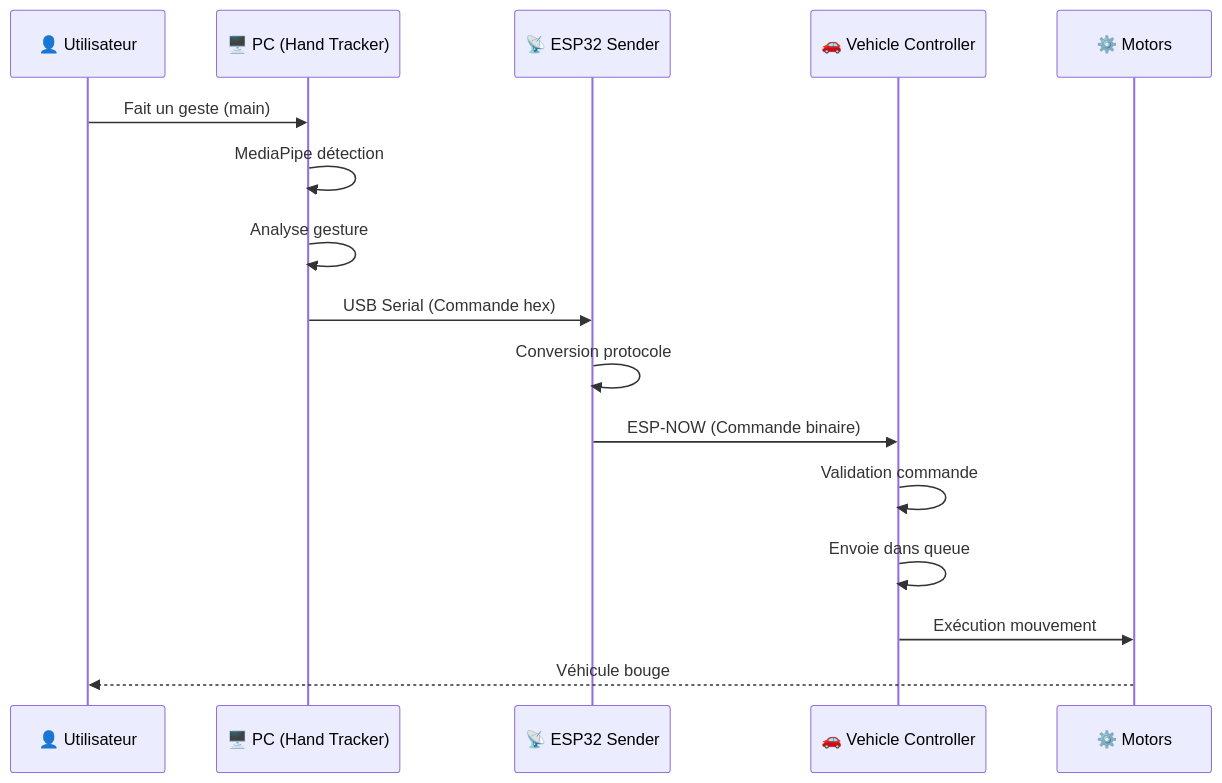
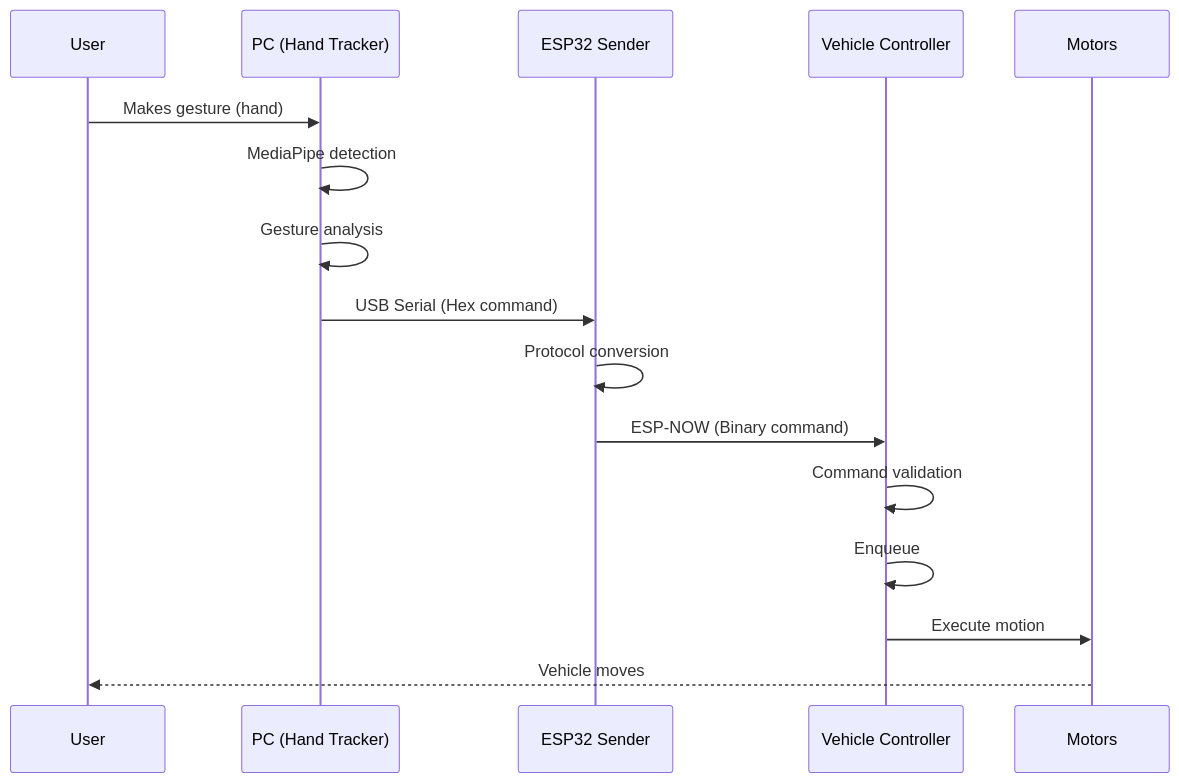
Before and after one commit to Yaniv23/final-project-gesture-car: diagram 11 of 17 in docs/architecture.md, drawn with Mermaid. The commit also changed other lines of this file and 16 other files, not shown here.

````diff
--- a/docs/architecture.md
+++ b/docs/architecture.md
@@ -549,19 +531,19 @@
 ```mermaid
 sequenceDiagram
-    participant User as 👤 Utilisateur
-    participant PC as 🖥️ PC (Hand Tracker)
-    participant Sender as 📡 ESP32 Sender
-    participant Vehicle as 🚗 Vehicle Controller
-    participant Motors as ⚙️ Motors
+    participant User as User
+    participant PC as PC (Hand Tracker)
+    participant Sender as ESP32 Sender
+    participant Vehicle as Vehicle Controller
+    participant Motors as Motors
     
-    User->>PC: Fait un geste (main)
-    PC->>PC: MediaPipe détection
-    PC->>PC: Analyse gesture
-    PC->>Sender: USB Serial (Commande hex)
-    Sender->>Sender: Conversion protocole
-    Sender->>Vehicle: ESP-NOW (Commande binaire)
-    Vehicle->>Vehicle: Validation commande
-    Vehicle->>Vehicle: Envoie dans queue
-    Vehicle->>Motors: Exécution mouvement
-    Motors-->>User: Véhicule bouge
+    User->>PC: Makes gesture (hand)
+    PC->>PC: MediaPipe detection
+    PC->>PC: Gesture analysis
+    PC->>Sender: USB Serial (Hex command)
+    Sender->>Sender: Protocol conversion
+    Sender->>Vehicle: ESP-NOW (Binary command)
+    Vehicle->>Vehicle: Command validation
+    Vehicle->>Vehicle: Enqueue
+    Vehicle->>Motors: Execute motion
+    Motors-->>User: Vehicle moves
 ```
````
